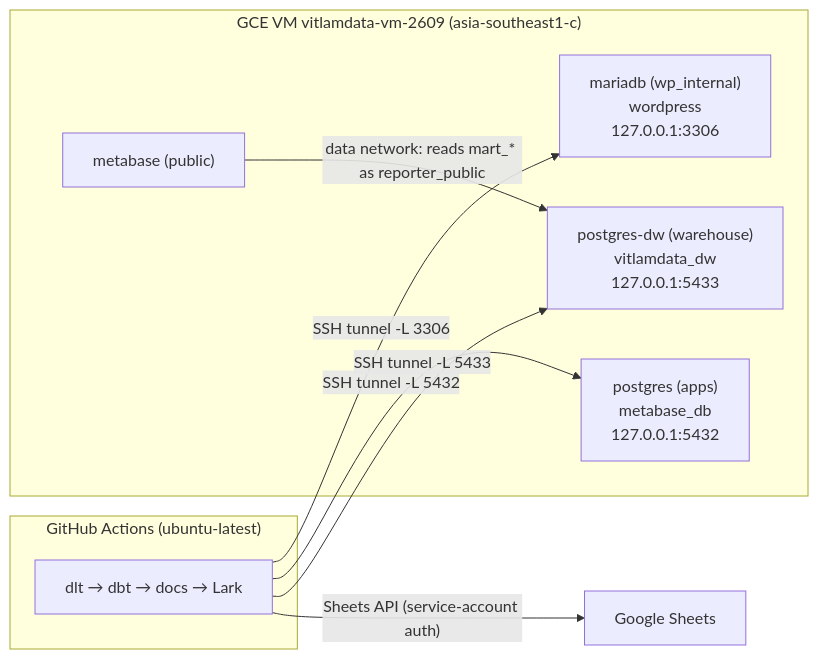
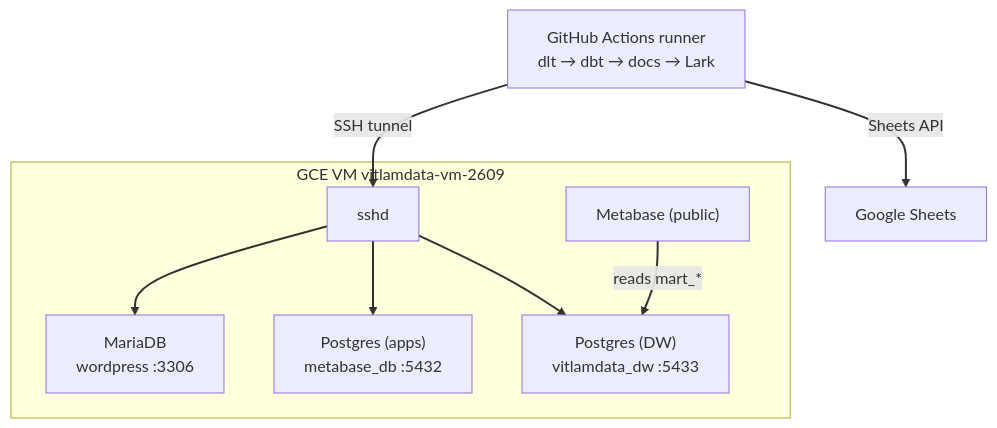
Before and after one commit to ducchetrongminh/vitlamdata_dbt_postgres: the first of 2 diagrams in docs/architecture.md, drawn with Mermaid. The commit also changed other lines of this file, not shown here.

Commit message:
docs: simplify system overview diagram
Claude-Session: https://claude.ai/code/session_01RX2NsCezxRa9hjkKPoPiew

````diff
--- a/docs/architecture.md
+++ b/docs/architecture.md
@@ -34,18 +34,19 @@
 ```mermaid
-flowchart LR
-  subgraph GHA["GitHub Actions (ubuntu-latest)"]
-    job["dlt → dbt → docs → Lark"]
+flowchart TB
+  gha["GitHub Actions runner<br/>dlt → dbt → docs → Lark"]
+  sheets["Google Sheets"]
+  subgraph VM["GCE VM vitlamdata-vm-2609"]
+    sshd["sshd"]
+    maria["MariaDB<br/>wordpress :3306"]
+    apps["Postgres (apps)<br/>metabase_db :5432"]
+    dw["Postgres (DW)<br/>vitlamdata_dw :5433"]
+    mb["Metabase (public)"]
   end
-  subgraph VM["GCE VM vitlamdata-vm-2609 (asia-southeast1-c)"]
-    maria["mariadb (wp_internal)<br/>wordpress<br/>127.0.0.1:3306"]
-    apps["postgres (apps)<br/>metabase_db<br/>127.0.0.1:5432"]
-    dw["postgres-dw (warehouse)<br/>vitlamdata_dw<br/>127.0.0.1:5433"]
-    mb["metabase (public)"]
-  end
-  sheets["Google Sheets"]
-  job -- "SSH tunnel -L 3306" --> maria
-  job -- "SSH tunnel -L 5432" --> apps
-  job -- "SSH tunnel -L 5433" --> dw
-  job -- "Sheets API (service-account auth)" --> sheets
-  mb -- "data network: reads mart_* as reporter_public" --> dw
+  gha -->|SSH tunnel| sshd
+  gha -->|Sheets API| sheets
+  sshd --> maria
+  sshd --> apps
+  sshd --> dw
+  mb -->|reads mart_*| dw
+  linkStyle default stroke-width:2px
 ```
````
